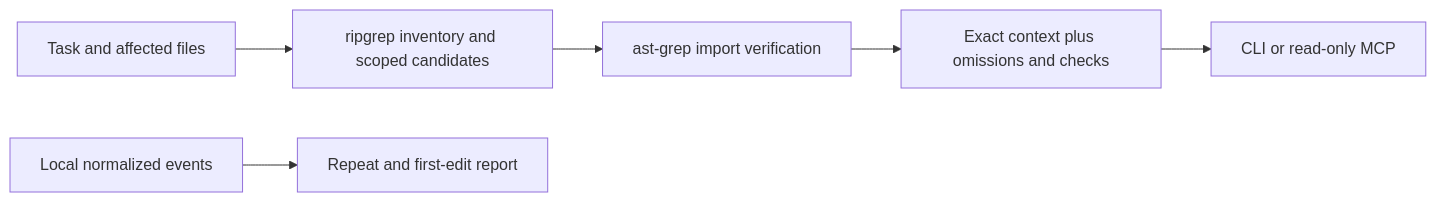
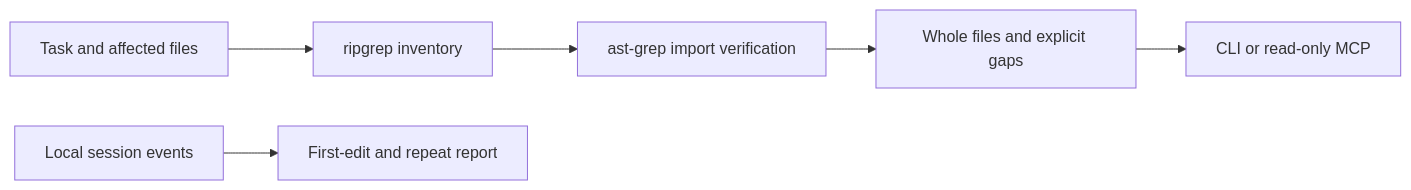
The diagram in README.md (appdever01/editlane), drawn with Mermaid before and after one commit. The commit also changed other lines of this file and 9 other files, not shown here.

````diff
--- a/README.md
+++ b/README.md
@@ -83,8 +62,8 @@
 ```mermaid
 flowchart LR
-  Task[Task and affected files] --> Discover[ripgrep inventory and scoped candidates]
-  Discover --> Graph[ast-grep import verification]
-  Graph --> Packet[Exact context plus omissions and checks]
-  Packet --> Client[CLI or read-only MCP]
-  Events[Local normalized events] --> Audit[Repeat and first-edit report]
+  Task[Task and affected files] --> Search[ripgrep inventory]
+  Search --> Graph[ast-grep import verification]
+  Graph --> Packet[Whole files and explicit gaps]
+  Packet --> Agent[CLI or read-only MCP]
+  Journal[Local session events] --> Audit[First-edit and repeat report]
 ```
````
